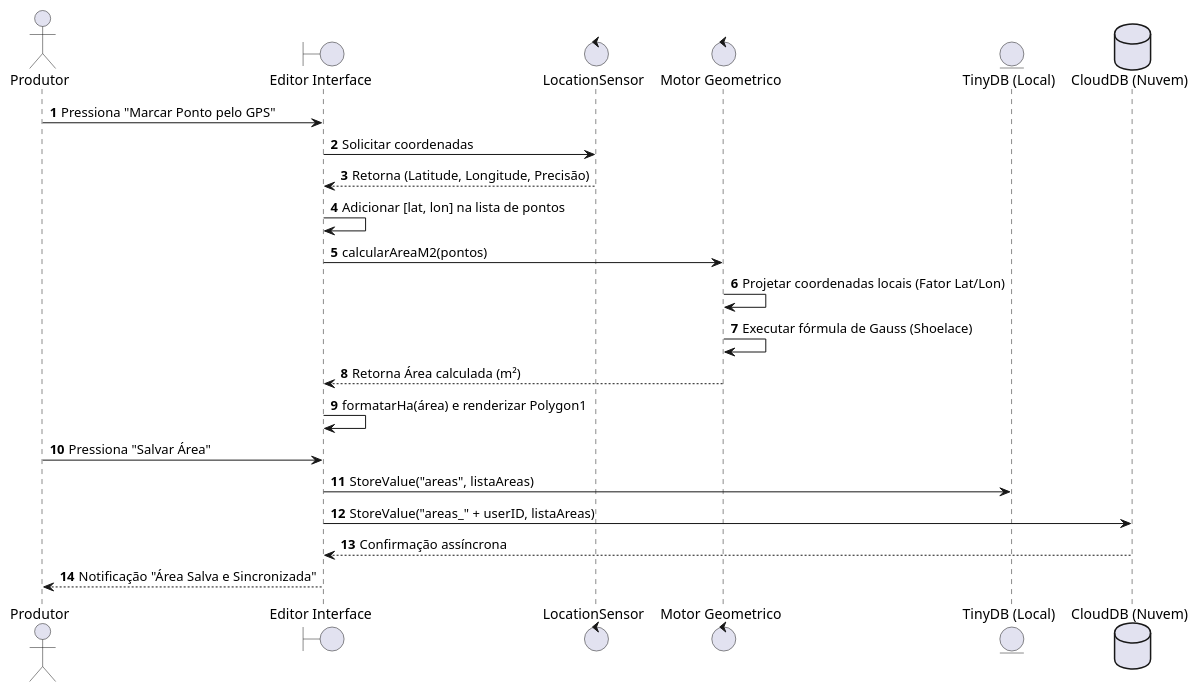
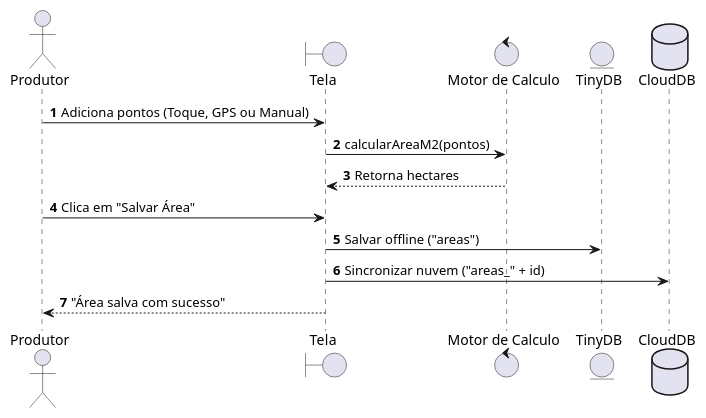
The third of 5 diagrams in DOCUMENTACAO_E_RELATORIO_TECNICO.md (heduardowitkoski/CMA_manejo_rural), drawn with PlantUML before and after one commit. The commit also changed other lines of this file, not shown here.

````diff
--- a/DOCUMENTACAO_E_RELATORIO_TECNICO.md
+++ b/DOCUMENTACAO_E_RELATORIO_TECNICO.md
@@ -196,26 +116,18 @@
 ```plantuml
 @startuml
 autonumber
 actor Produtor
-boundary "Editor Interface" as UI
-control "LocationSensor" as GPS
-control "Motor Geometrico" as Geo
-entity "TinyDB (Local)" as DB
-database "CloudDB (Nuvem)" as Cloud
+boundary Tela
+control "Motor de Calculo" as Calc
+entity TinyDB
+database CloudDB
 
-Produtor -> UI : Pressiona "Marcar Ponto pelo GPS"
-UI -> GPS : Solicitar coordenadas
-GPS --> UI : Retorna (Latitude, Longitude, Precisão)
-UI -> UI : Adicionar [lat, lon] na lista de pontos
-UI -> Geo : calcularAreaM2(pontos)
-Geo -> Geo : Projetar coordenadas locais (Fator Lat/Lon)
-Geo -> Geo : Executar fórmula de Gauss (Shoelace)
-Geo --> UI : Retorna Área calculada (m²)
-UI -> UI : formatarHa(área) e renderizar Polygon1
-Produtor -> UI : Pressiona "Salvar Área"
-UI -> DB : StoreValue("areas", listaAreas)
-UI -> Cloud : StoreValue("areas_" + userID, listaAreas)
-Cloud --> UI : Confirmação assíncrona
-UI --> Produtor : Notificação "Área Salva e Sincronizada"
+Produtor -> Tela : Adiciona pontos (Toque, GPS ou Manual)
+Tela -> Calc : calcularAreaM2(pontos)
+Calc --> Tela : Retorna hectares
+Produtor -> Tela : Clica em "Salvar Área"
+Tela -> TinyDB : Salvar offline ("areas")
+Tela -> CloudDB : Sincronizar nuvem ("areas_" + id)
+Tela --> Produtor : "Área salva com sucesso"
 @enduml
 ```
````
